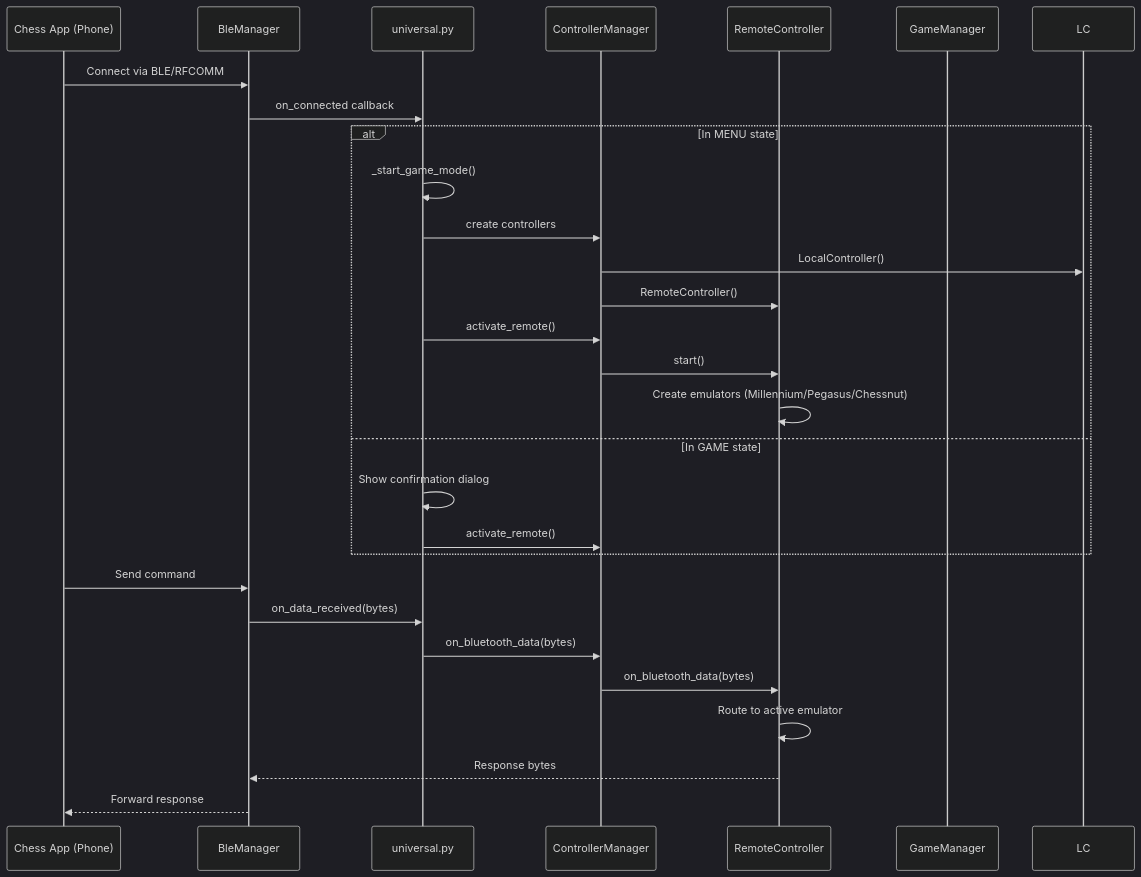
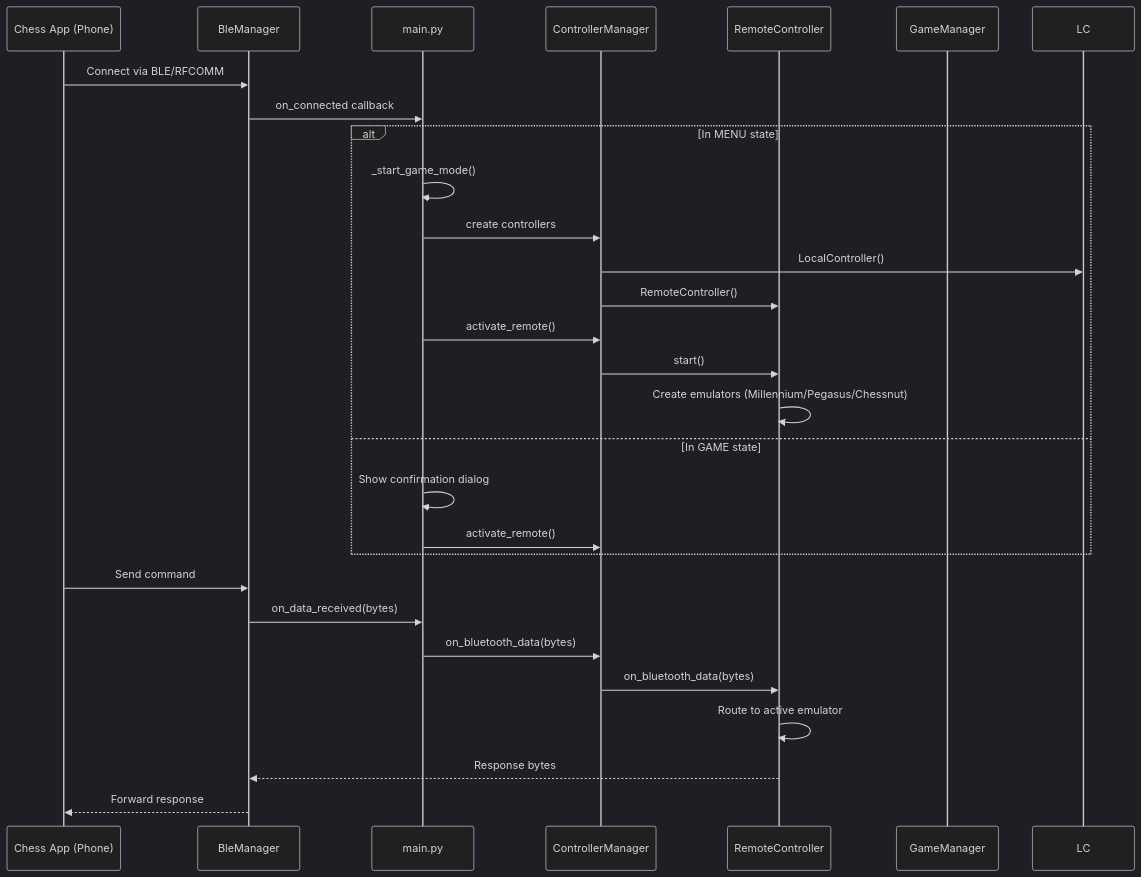
The fifth of 10 diagrams in docs/architecture.md (adrian-dybwad/DGTCentaurMods), drawn with Mermaid (dark theme) before and after one commit. The commit also changed other lines of this file and 14 other files, not shown here.

````diff
--- a/docs/architecture.md
+++ b/docs/architecture.md
@@ -148,34 +148,34 @@
 ```mermaid
 sequenceDiagram
     participant App as Chess App (Phone)
     participant BLE as BleManager
-    participant Univ as universal.py
+    participant Univ as main.py
     participant CM as ControllerManager
     participant RC as RemoteController
     participant GM as GameManager
     
     App->>BLE: Connect via BLE/RFCOMM
     BLE->>Univ: on_connected callback
     
     alt In MENU state
         Univ->>Univ: _start_game_mode()
         Univ->>CM: create controllers
         CM->>LC: LocalController()
         CM->>RC: RemoteController()
         Univ->>CM: activate_remote()
         CM->>RC: start()
         RC->>RC: Create emulators (Millennium/Pegasus/Chessnut)
     else In GAME state
         Univ->>Univ: Show confirmation dialog
         Univ->>CM: activate_remote()
     end
     
     App->>BLE: Send command
     BLE->>Univ: on_data_received(bytes)
     Univ->>CM: on_bluetooth_data(bytes)
     CM->>RC: on_bluetooth_data(bytes)
     RC->>RC: Route to active emulator
     
     RC-->>BLE: Response bytes
     BLE-->>App: Forward response
 ```
````
